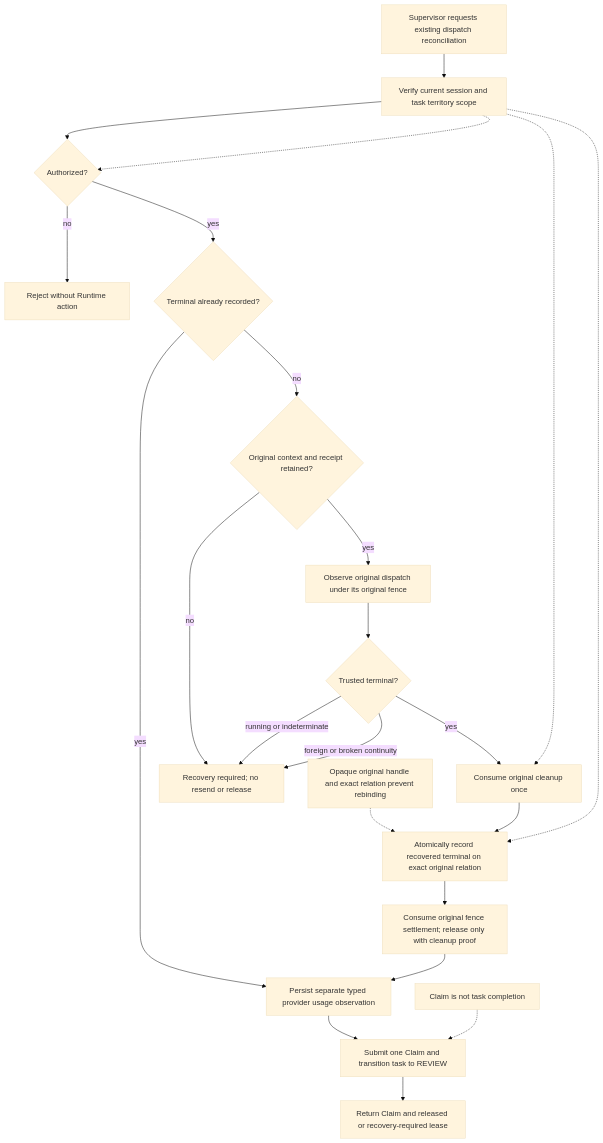
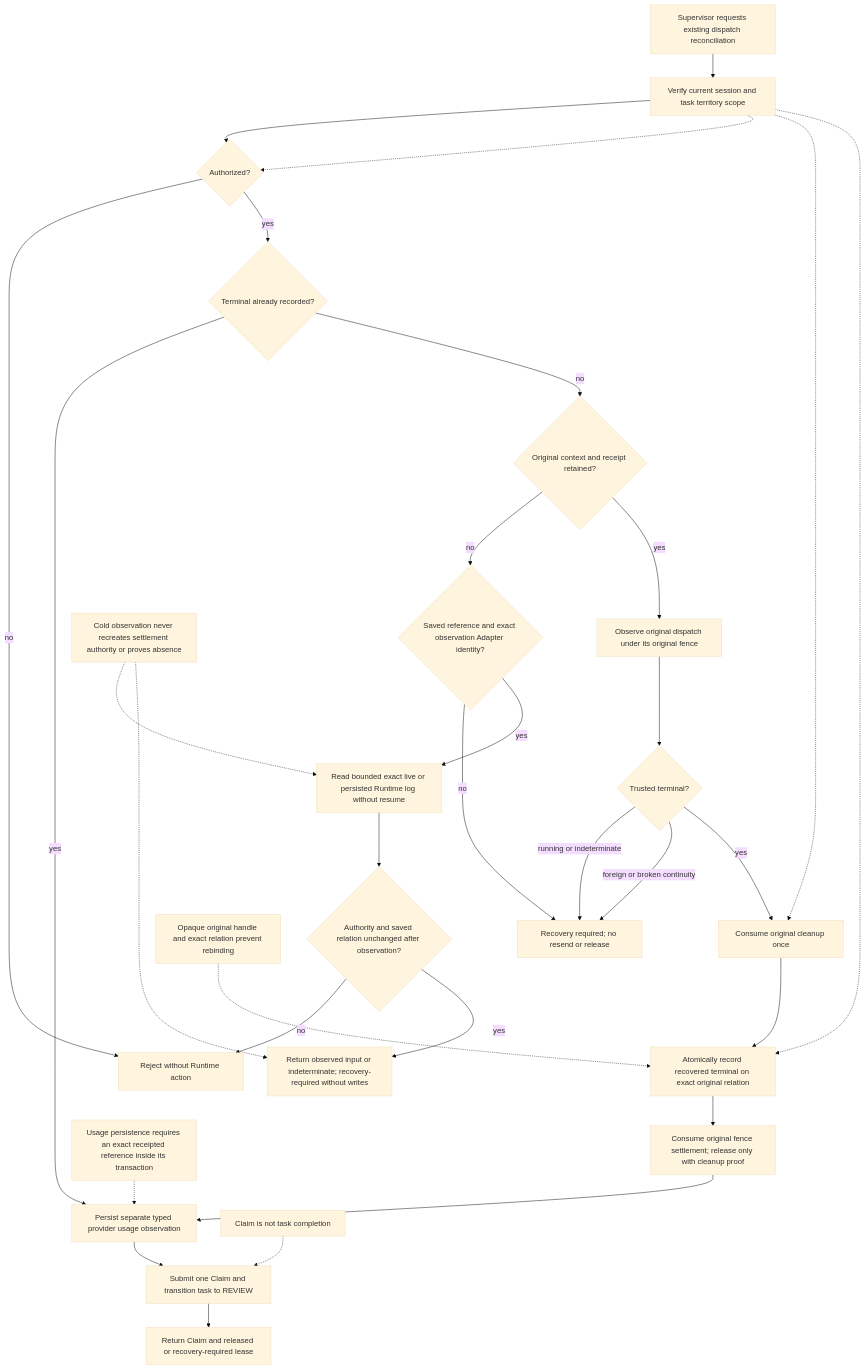
Before and after one commit to lusblead/dsh-Kingdom: the first of 3 diagrams in docs/feature-flows/governed-reconcile/flow.md, drawn with Mermaid (base theme). The commit also changed other lines of this file and 42 other files, not shown here.

Commit message:
fix: release 3.2.1 dispatch correlation and recovery safeguards

````diff
--- a/docs/feature-flows/governed-reconcile/flow.md
+++ b/docs/feature-flows/governed-reconcile/flow.md
@@ -11,25 +11,33 @@
 ```mermaid
 flowchart TD
   E1[Supervisor requests existing dispatch reconciliation] --> G1[Verify current session and task territory scope]
   G1 --> D1{Authorized?}
   D1 -->|no| X1[Reject without Runtime action]
   D1 -->|yes| D0{Terminal already recorded?}
   D0 -->|yes| A3
   D0 -->|no| D2{Original context and receipt retained?}
-  D2 -->|no| X2[Recovery required; no resend or release]
+  D2 -->|no| D4{Saved reference and exact observation Adapter identity?}
+  D4 -->|no| X2[Recovery required; no resend or release]
+  D4 -->|yes| A4[Read bounded exact live or persisted Runtime log without resume]
+  A4 --> D5{Authority and saved relation unchanged after observation?}
+  D5 -->|no| X1
+  D5 -->|yes| X5[Return observed input or indeterminate; recovery-required without writes]
   D2 -->|yes| A1[Observe original dispatch under its original fence]
   A1 --> D3{Trusted terminal?}
   D3 -->|running or indeterminate| X2
   D3 -->|foreign or broken continuity| X2
   D3 -->|yes| A2[Consume original cleanup once]
   A2 --> T1[Atomically record recovered terminal on exact original relation]
   T1 --> T2[Consume original fence settlement; release only with cleanup proof]
   T2 --> A3[Persist separate typed provider usage observation]
   A3 --> T3[Submit one Claim and transition task to REVIEW]
   T3 --> X3[Return Claim and released or recovery-required lease]
   G1 -.-> D1
   G1 -.-> A2
   G1 -.-> T1
   G2[Opaque original handle and exact relation prevent rebinding] -.-> T1
   G3[Claim is not task completion] -.-> T3
+  G4[Cold observation never recreates settlement authority or proves absence] -.-> A4
+  G4 -.-> X5
+  G5[Usage persistence requires an exact receipted reference inside its transaction] -.-> A3
 ```
````
